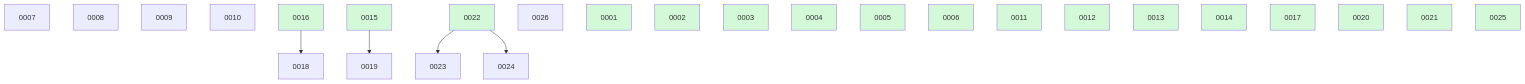
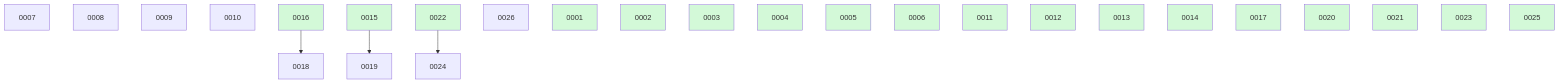
Before and after one commit to danielhanold/docket: the diagram in docs/changes/BOARD.md, drawn with Mermaid. The commit also changed other lines of this file, not shown here.

Commit message:
docket(23): regen board after archive (done)

````diff
--- a/docs/changes/BOARD.md
+++ b/docs/changes/BOARD.md
@@ -29,30 +23,30 @@
 ```mermaid
 graph TD
   0007
   0008
   0009
   0010
   0016 --> 0018
   0015 --> 0019
-  0022 --> 0023
   0022 --> 0024
   0026
   0001:::done
   0002:::done
   0003:::done
   0004:::done
   0005:::done
   0006:::done
   0011:::done
   0012:::done
   0013:::done
   0014:::done
   0015:::done
   0016:::done
   0017:::done
   0020:::done
   0021:::done
   0022:::done
+  0023:::done
   0025:::done
   classDef done fill:#d3f9d8;
 ```
````
